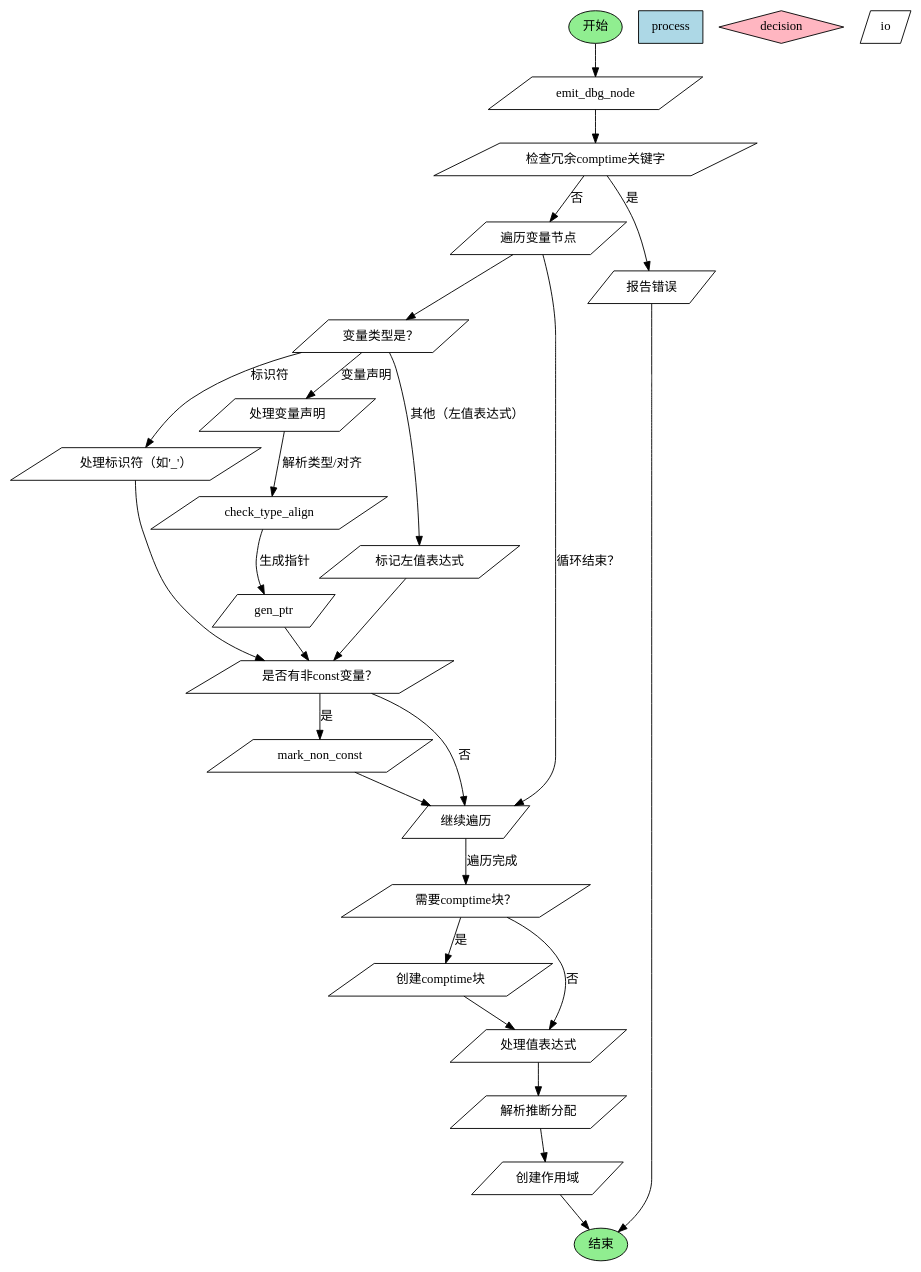
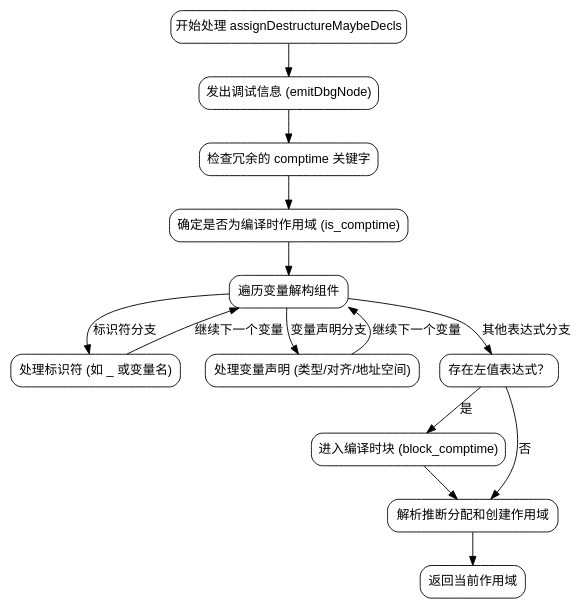
The diagram in dot_std/zig/AstGen.zig.assignDestructureMaybeDecls.md (sdzx-1/deepseek-zig-reader), drawn with Graphviz before and after one commit. The commit also changed other lines of this file and 236 other files, not shown here.

````diff
--- a/dot_std/zig/AstGen.zig.assignDestructureMaybeDecls.md
+++ b/dot_std/zig/AstGen.zig.assignDestructureMaybeDecls.md
@@ -46,65 +22,36 @@
-```graphviz
+```dot
 digraph flowchart {
-    node [shape=ellipse, style=filled, fillcolor="#90EE90"] start, end;
-    node [shape=rectangle, style=filled, fillcolor="#ADD8E6"] process;
-    node [shape=diamond, style=filled, fillcolor="#FFB6C1"] decision;
-    node [shape=parallelogram, fillcolor="#FFFFFF"] io;
+    node [shape=rectangle, style="rounded", fontname="Arial"];
+    edge [fontname="Arial"];
 
-    start -> emit_dbg_node;
-    emit_dbg_node -> check_comptime_redundant;
-    
-    check_comptime_redundant [label="检查冗余comptime关键字"];
-    check_comptime_redundant -> process_variables [label="否"];
-    check_comptime_redundant -> error_redundant [label="是"];
-    error_redundant [label="报告错误"];
+    start [label="开始处理 assignDestructureMaybeDecls"];
+    emit_dbg [label="发出调试信息 (emitDbgNode)"];
+    check_redundant_comptime [label="检查冗余的 comptime 关键字"];
+    determine_scope [label="确定是否为编译时作用域 (is_comptime)"];
+    process_vars [label="遍历变量解构组件"];
+    handle_identifier [label="处理标识符 (如 _ 或变量名)"];
+    handle_var_decl [label="处理变量声明 (类型/对齐/地址空间)"];
+    check_lvalue [label="存在左值表达式？"];
+    enter_comptime_block [label="进入编译时块 (block_comptime)"];
+    resolve_inferred_allocs [label="解析推断分配和创建作用域"];
+    end [label="返回当前作用域"];
 
-    process_variables [label="遍历变量节点"];
-    process_variables -> variable_type_decision;
+    start -> emit_dbg;
+    emit_dbg -> check_redundant_comptime;
+    check_redundant_comptime -> determine_scope;
+    determine_scope -> process_vars;
 
-    variable_type_decision [label="变量类型是？"];
-    variable_type_decision -> handle_identifier [label="标识符"];
-    variable_type_decision -> handle_var_decl [label="变量声明"];
-    variable_type_decision -> handle_lvalue [label="其他（左值表达式）"];
+    process_vars -> handle_identifier [label="标识符分支"];
+    process_vars -> handle_var_decl [label="变量声明分支"];
+    process_vars -> check_lvalue [label="其他表达式分支"];
 
-    handle_identifier [label="处理标识符（如'_'）"];
-    handle_identifier -> check_non_const;
+    handle_identifier -> process_vars [label="继续下一个变量"];
+    handle_var_decl -> process_vars [label="继续下一个变量"];
 
-    handle_var_decl [label="处理变量声明"];
-    handle_var_decl -> check_type_align [label="解析类型/对齐"];
-    check_type_align -> gen_ptr [label="生成指针"];
-    gen_ptr -> check_non_const;
+    check_lvalue -> enter_comptime_block [label="是"];
+    check_lvalue -> resolve_inferred_allocs [label="否"];
 
-    handle_lvalue [label="标记左值表达式"];
-    handle_lvalue -> check_non_const;
-
-    check_non_const [label="是否有非const变量？"];
-    check_non_const -> mark_non_const [label="是"];
-    check_non_const -> loop_next [label="否"];
-
-    mark_non_const -> loop_next;
-    loop_next [label="继续遍历"];
-
-    process_variables -> loop_next [label="循环结束？"];
-
-    loop_next -> check_comptime_wrap [label="遍历完成"];
-    check_comptime_wrap [label="需要comptime块？"];
-    check_comptime_wrap -> create_comptime_block [label="是"];
-    check_comptime_wrap -> process_value_expr [label="否"];
-
-    create_comptime_block [label="创建comptime块"];
-    create_comptime_block -> process_value_expr;
-
-    process_value_expr [label="处理值表达式"];
-    process_value_expr -> resolve_inferred_alloc;
-
-    resolve_inferred_alloc [label="解析推断分配"];
-    resolve_inferred_alloc -> create_scopes;
-
-    create_scopes [label="创建作用域"];
-    create_scopes -> end;
-
-    error_redundant -> end;
-    start [label="开始"];
-    end [label="结束"];
+    enter_comptime_block -> resolve_inferred_allocs;
+    resolve_inferred_allocs -> end;
 }
 ```
````
